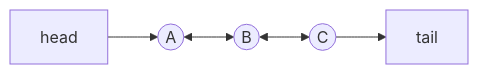
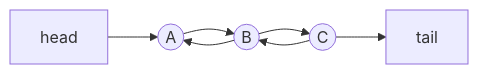
One commit to rafaelluisdacostacoelho/software-engineering-study changed the second of 3 diagrams in book/data-structure/linked-lists.md. Above: the diagram before and after it, drawn with Mermaid. The commit also changed other lines of this file and 3 other files, not shown here.

Commit message:
Refactor algorithm documentation: Update Mermaid diagrams for clarity and consistency in Arrays, Linked Lists, Stacks, and Queues sections.

````diff
--- a/book/data-structure/linked-lists.md
+++ b/book/data-structure/linked-lists.md
@@ -38,7 +38,9 @@
 ```mermaid
-flowchart LR
-	H2[head] --> A2((A))
-	A2 <--> B2((B))
-	B2 <--> C2((C))
-	C2 --> T2[tail]
+graph LR
+H2[head] --> A2((A))
+A2 --> B2((B))
+B2 --> A2
+B2 --> C2((C))
+C2 --> B2
+C2 --> T2[tail]
 ```
````
